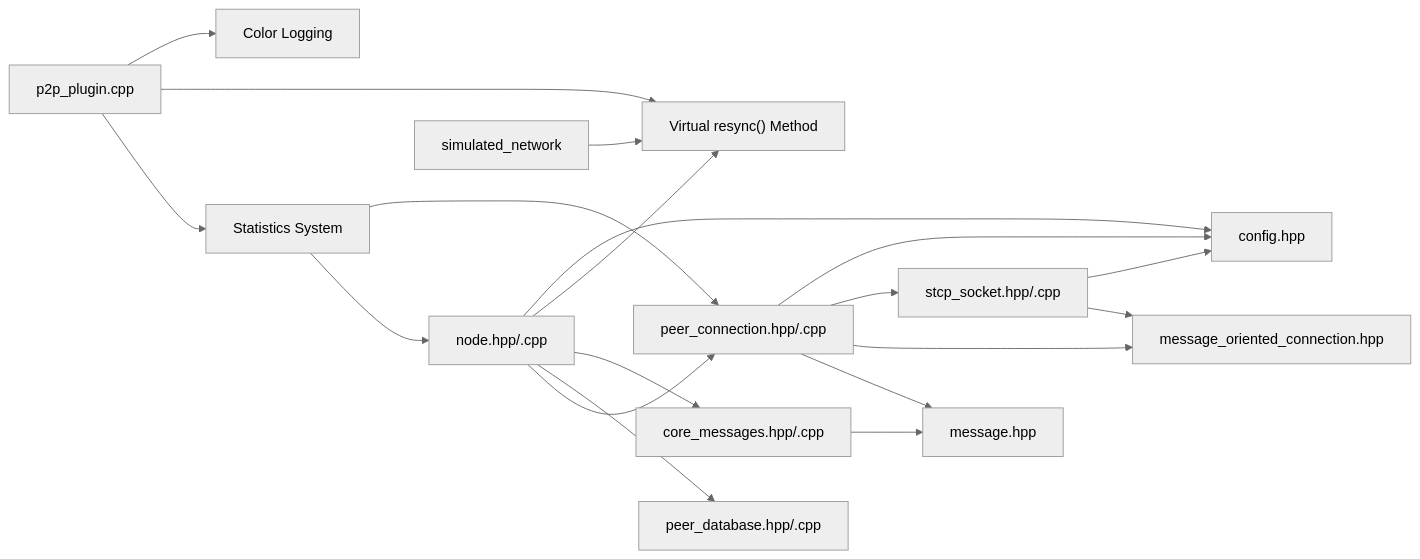
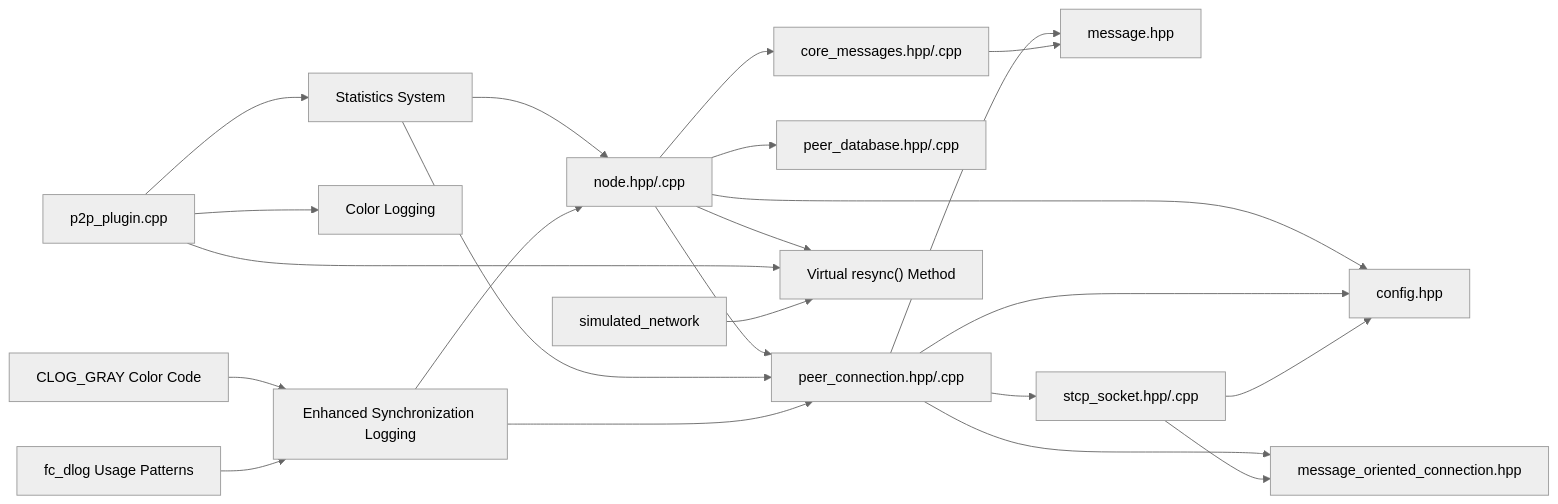
One commit to VIZ-Blockchain/viz-cpp-node changed diagram 13 of 13 in .qoder/repowiki/en/content/Architecture Overview/Core Libraries/Network Library/Network Library.md. Above: the diagram before and after it, drawn with Mermaid (neutral theme). The commit also changed other lines of this file and 3 other files, not shown here.

````diff
--- a/.qoder/repowiki/en/content/Architecture Overview/Core Libraries/Network Library/Network Library.md
+++ b/.qoder/repowiki/en/content/Architecture Overview/Core Libraries/Network Library/Network Library.md
@@ -733,21 +816,25 @@
 ```mermaid
 graph LR
 Node["node.hpp/.cpp"] --> PeerConn["peer_connection.hpp/.cpp"]
 Node --> PeerDB["peer_database.hpp/.cpp"]
 Node --> CoreMsg["core_messages.hpp/.cpp"]
 Node --> Resync["Virtual resync() Method"]
 PeerConn --> Msg["message.hpp"]
 PeerConn --> MOC["message_oriented_connection.hpp"]
 PeerConn --> STCP["stcp_socket.hpp/.cpp"]
 CoreMsg --> Msg
 STCP --> MOC
 Node --> Cfg["config.hpp"]
 PeerConn --> Cfg
 STCP --> Cfg
 Stats["Statistics System"] --> Node
 Stats --> PeerConn
 P2P["p2p_plugin.cpp"] --> Stats
 P2P --> Resync
 P2P --> Color["Color Logging"]
 SimNet["simulated_network"] --> Resync
+SyncLog["Enhanced Synchronization Logging"] --> Node
+SyncLog --> PeerConn
+Gray["CLOG_GRAY Color Code"] --> SyncLog
+FCDLog["fc_dlog Usage Patterns"] --> SyncLog
 ```
````
